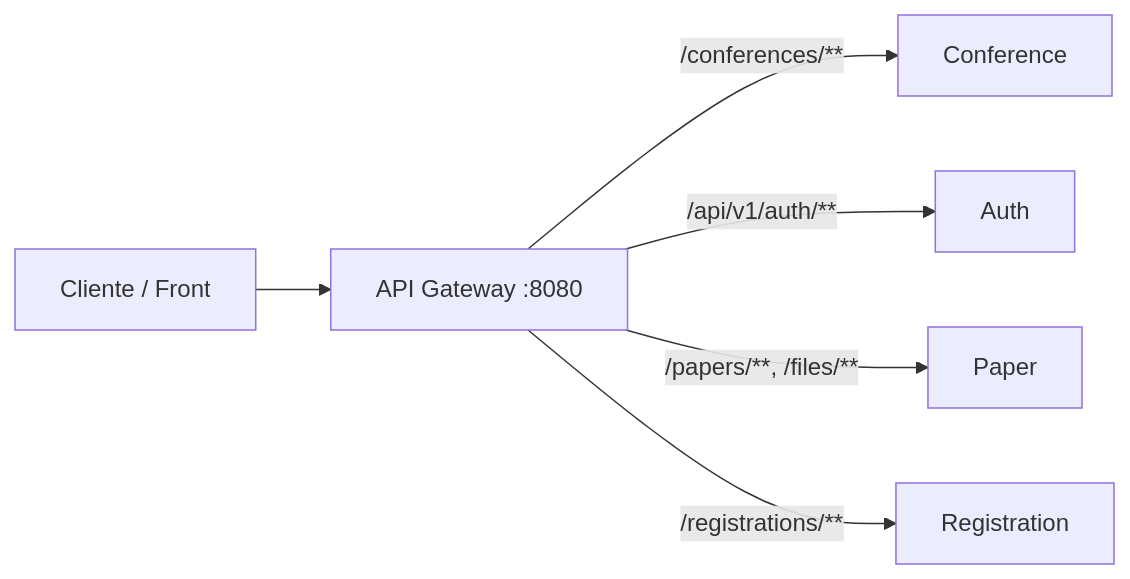
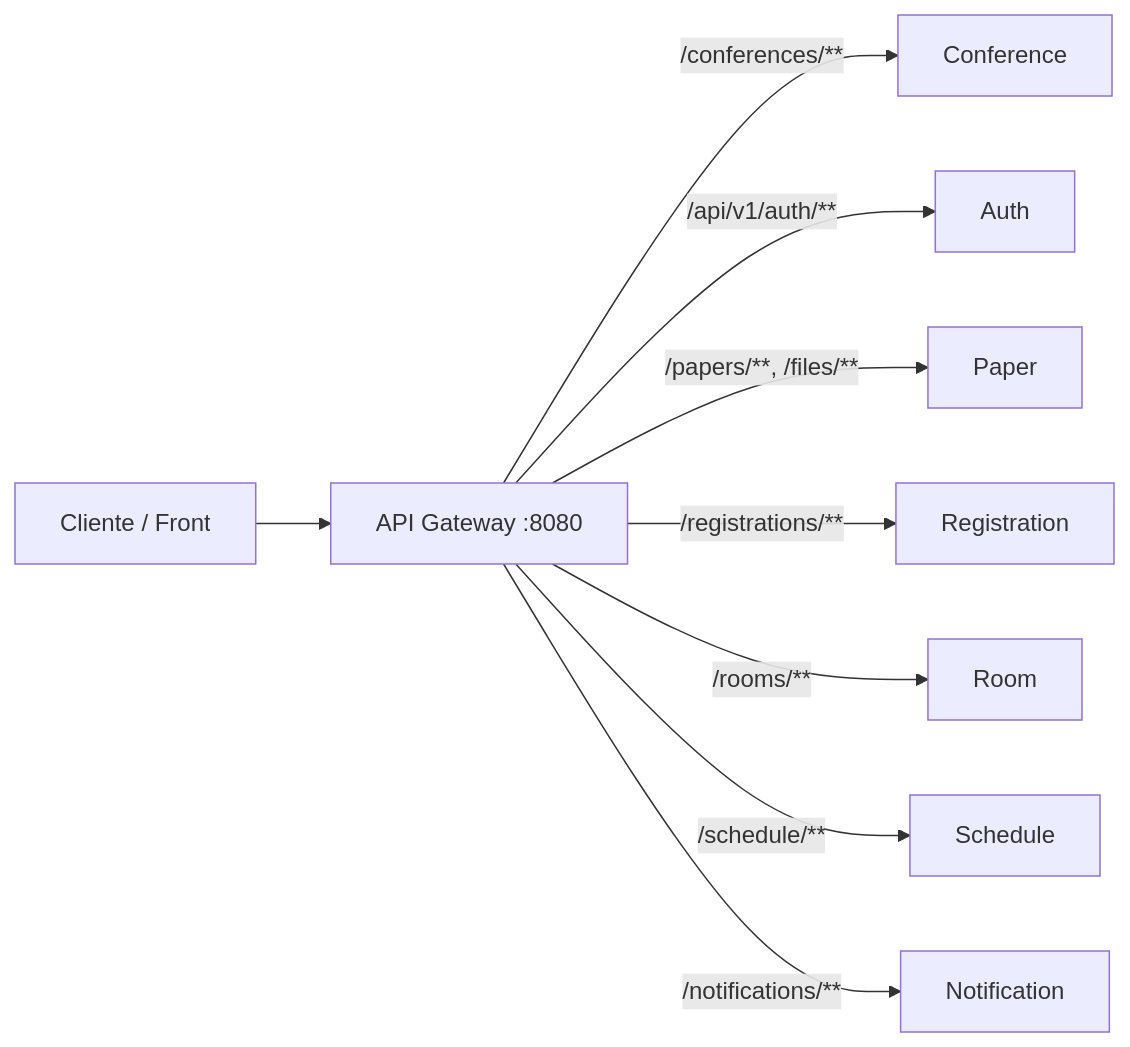
The diagram in README.md (JosuePerez4/Api-gateway-microservicios), drawn with Mermaid before and after one commit. The commit also changed other lines of this file, not shown here.

````diff
--- a/README.md
+++ b/README.md
@@ -44,15 +49,21 @@
 ```mermaid
 flowchart LR
   Cliente["Cliente / Front"]
   GW["API Gateway :8080"]
   C["Conference"]
   A["Auth"]
   P["Paper"]
   R["Registration"]
+  Rooms["Room"]
+  S["Schedule"]
+  N["Notification"]
 
   Cliente --> GW
   GW -->|"/conferences/**"| C
   GW -->|"/api/v1/auth/**"| A
   GW -->|"/papers/**, /files/**"| P
   GW -->|"/registrations/**"| R
+  GW -->|"/rooms/**"| Rooms
+  GW -->|"/schedule/**"| S
+  GW -->|"/notifications/**"| N
 ```
````
